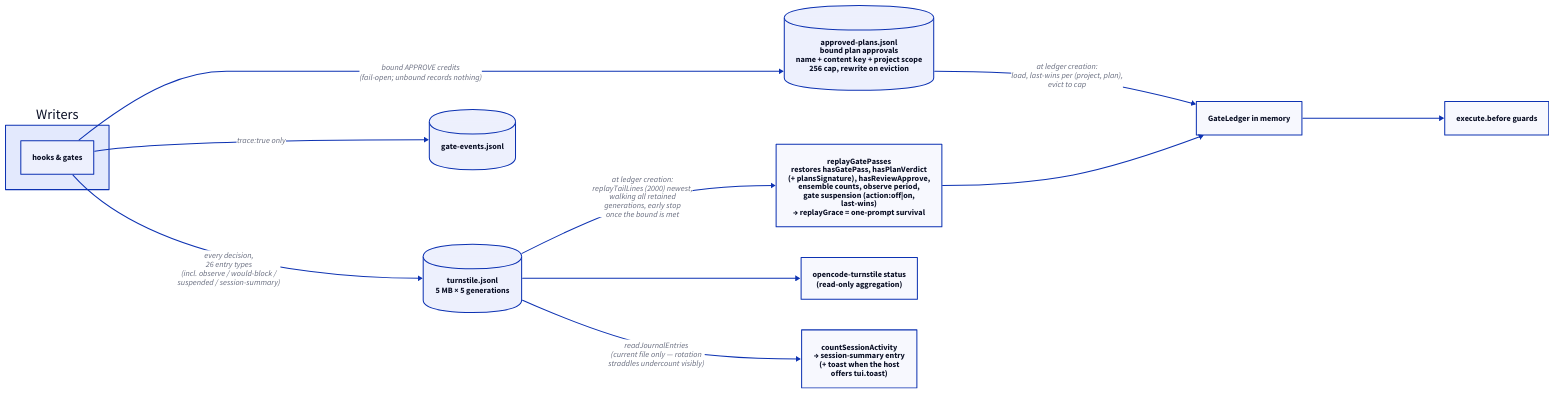
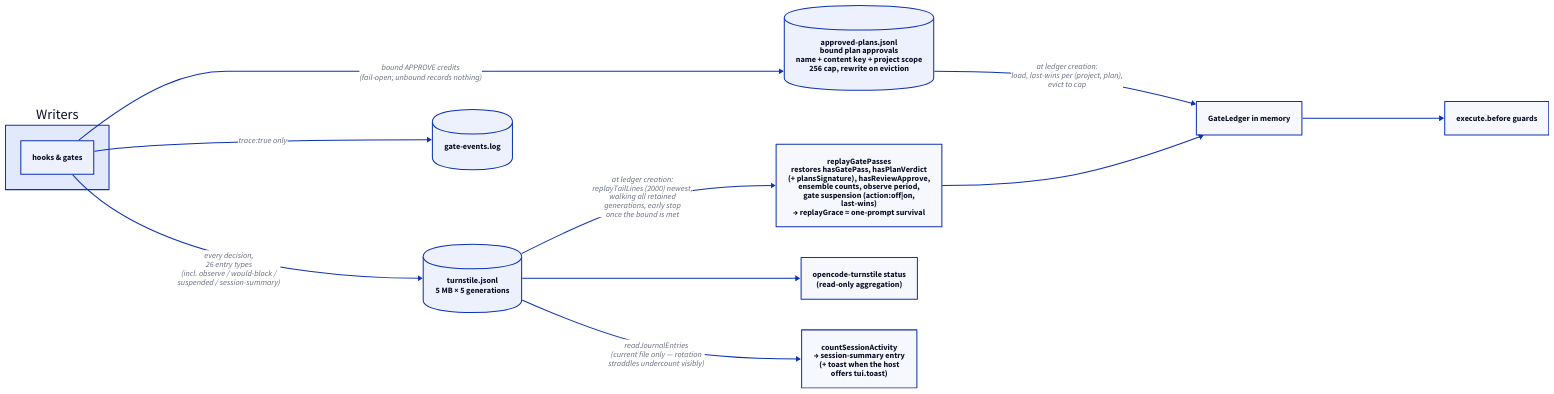
Before and after one commit to edseabolt/turnstile: the diagram in docs/diagrams/d05-persistence.d2, drawn with D2. The commit also changed 15 other files, not shown here.

Commit message:
fix(persistence): rename gate-events trace to .log; qualify d2 inbox version

```diff
--- a/docs/diagrams/d05-persistence.d2
+++ b/docs/diagrams/d05-persistence.d2
@@ -1,31 +1,31 @@
 direction: right
 
 writers: "Writers" {
   hooks: "hooks & gates"
 }
 
 jsonl: "turnstile.jsonl\n5 MB × 5 generations" {
   shape: cylinder
 }
-trace: "gate-events.jsonl" {
+trace: "gate-events.log" {
   shape: cylinder
 }
 approval: "approved-plans.jsonl\nbound plan approvals\nname + content key + project scope\n256 cap, rewrite on eviction" {
   shape: cylinder
 }
 
 replay: "replayGatePasses\nrestores hasGatePass, hasPlanVerdict\n(+ plansSignature), hasReviewApprove,\nensemble counts, observe period,\ngate suspension (action:off|on,\nlast-wins)\n→ replayGrace = one-prompt survival"
 ledger: "GateLedger in memory"
 enforce: "execute.before guards"
 cli: "opencode-turnstile status\n(read-only aggregation)"
 
 writers.hooks -> jsonl: "every decision,\n26 entry types\n(incl. observe / would-block /\nsuspended / session-summary)"
 writers.hooks -> trace: "trace:true only"
 writers.hooks -> approval: "bound APPROVE credits\n(fail-open; unbound records nothing)"
 approval -> ledger: "at ledger creation:\nload, last-wins per (project, plan),\nevict to cap"
 jsonl -> replay: "at ledger creation:\nreplayTailLines (2000) newest,\nwalking all retained\ngenerations, early stop\nonce the bound is met"
 replay -> ledger
 ledger -> enforce
 jsonl -> cli
 jsonl -> summary: "readJournalEntries\n(current file only — rotation\nstraddles undercount visibly)"
 summary: "countSessionActivity\n→ session-summary entry\n(+ toast when the host\noffers tui.toast)"
```
